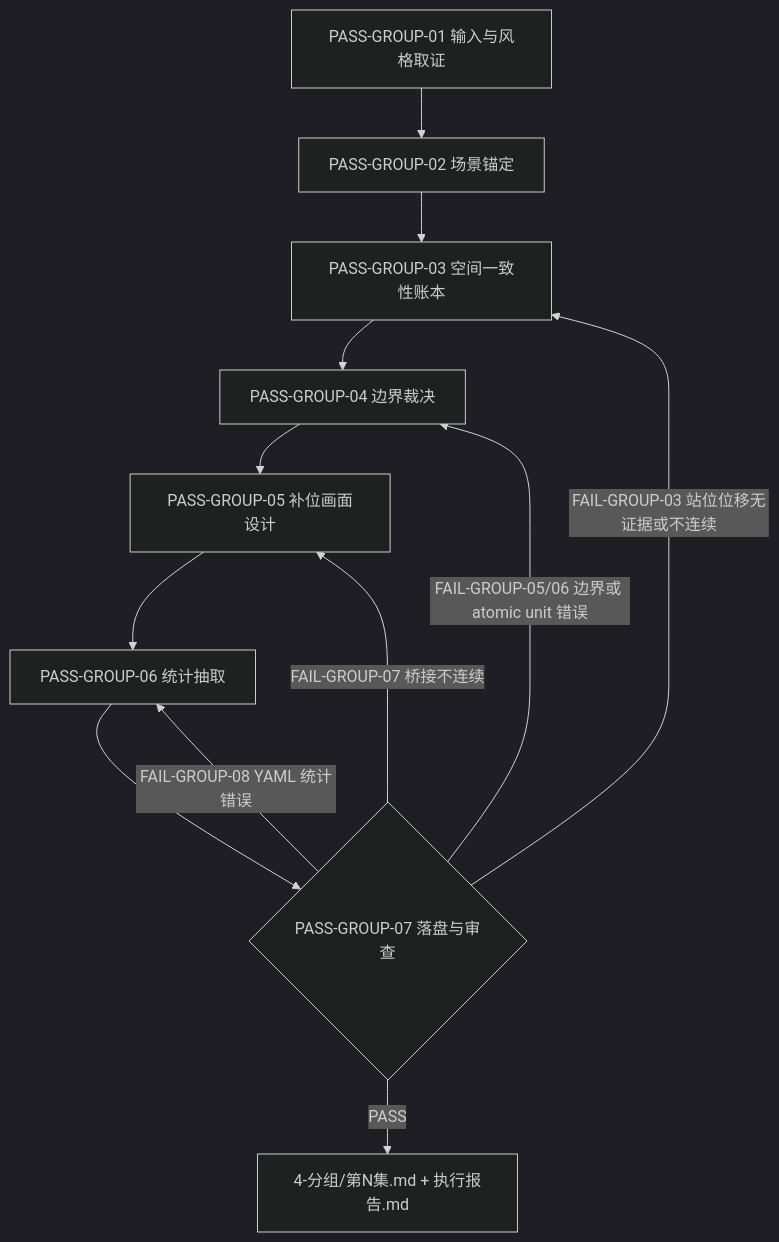
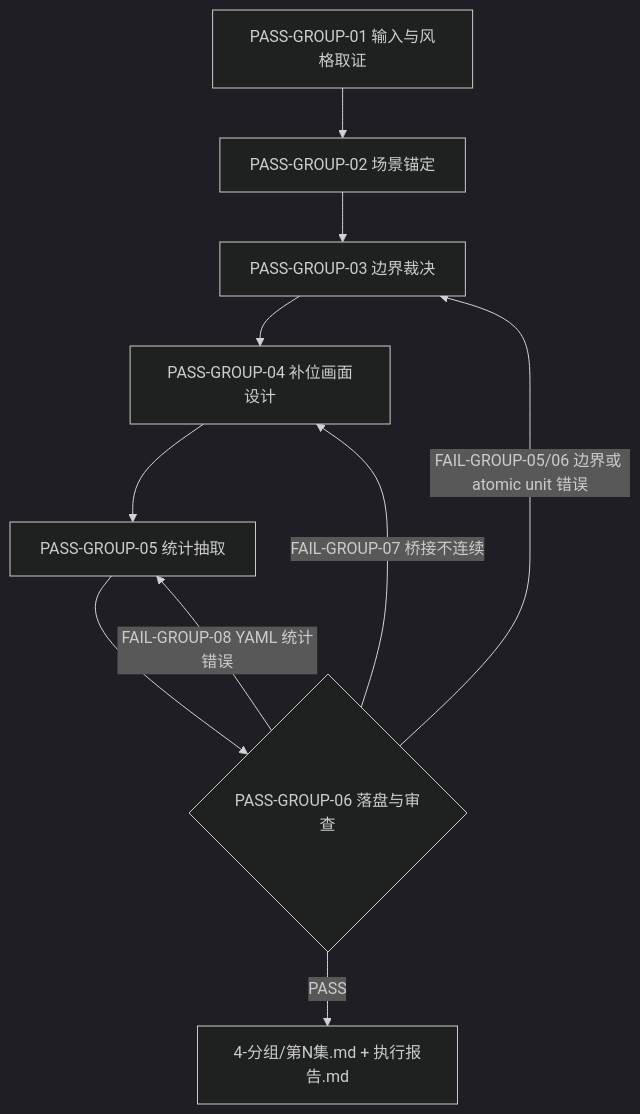
The third of 4 diagrams in .agents/skills/aigc/4-分组/SKILL.md (ZEN-VOID/AI-CUT), drawn with Mermaid (dark theme) before and after one commit. The commit also changed other lines of this file and 122 other files, not shown here.

````diff
--- a/.agents/skills/aigc/4-分组/SKILL.md
+++ b/.agents/skills/aigc/4-分组/SKILL.md
@@ -114,14 +112,12 @@
 ```mermaid
 flowchart TD
     P1["PASS-GROUP-01 输入与风格取证"] --> P2["PASS-GROUP-02 场景锚定"]
-    P2 --> P3["PASS-GROUP-03 空间一致性账本"]
-    P3 --> P4["PASS-GROUP-04 边界裁决"]
-    P4 --> P5["PASS-GROUP-05 补位画面设计"]
-    P5 --> P6["PASS-GROUP-06 统计抽取"]
-    P6 --> P7{"PASS-GROUP-07 落盘与审查"}
-    P7 -->|"PASS"| O["4-分组/第N集.md + 执行报告.md"]
-    P7 -->|"FAIL-GROUP-03 站位位移无证据或不连续"| P3
-    P7 -->|"FAIL-GROUP-05/06 边界或 atomic unit 错误"| P4
-    P7 -->|"FAIL-GROUP-07 桥接不连续"| P5
-    P7 -->|"FAIL-GROUP-08 YAML 统计错误"| P6
+    P2 --> P3["PASS-GROUP-03 边界裁决"]
+    P3 --> P4["PASS-GROUP-04 补位画面设计"]
+    P4 --> P5["PASS-GROUP-05 统计抽取"]
+    P5 --> P6{"PASS-GROUP-06 落盘与审查"}
+    P6 -->|"PASS"| O["4-分组/第N集.md + 执行报告.md"]
+    P6 -->|"FAIL-GROUP-05/06 边界或 atomic unit 错误"| P3
+    P6 -->|"FAIL-GROUP-07 桥接不连续"| P4
+    P6 -->|"FAIL-GROUP-08 YAML 统计错误"| P5
 ```
````
